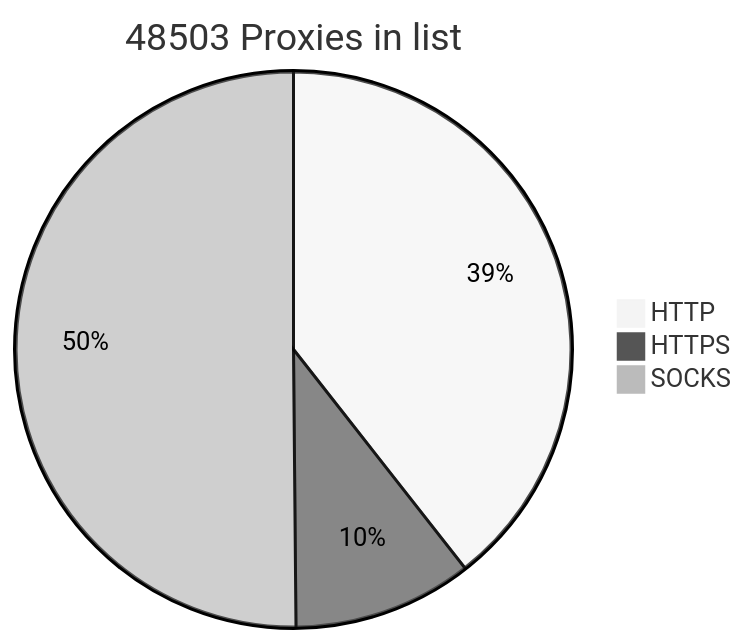
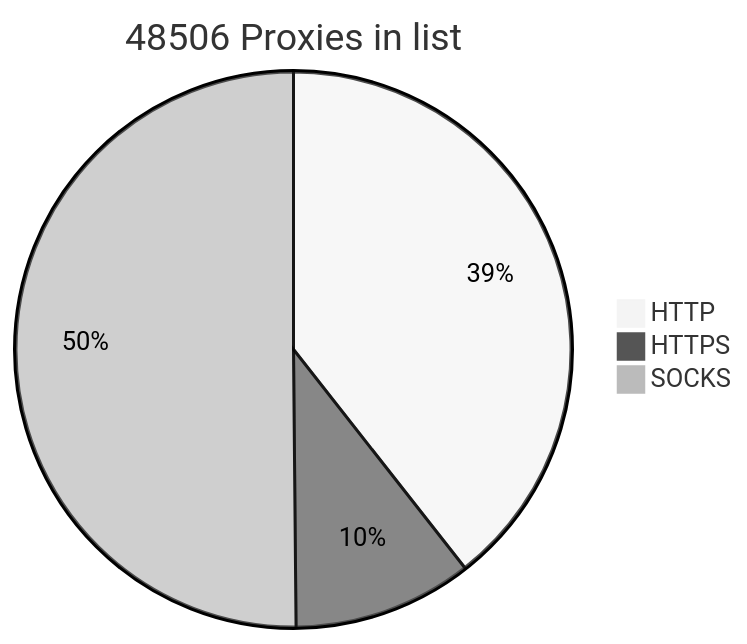
One commit to BlackSnowDot/proxylist-update-every-minute changed the diagram in README.md. Above: the diagram before and after it, drawn with Mermaid (neutral theme).

````diff
--- a/README.md
+++ b/README.md
@@ -2,6 +2,6 @@
 ```mermaid
-pie title 48503 Proxies in list
-    "HTTP" : 21056
+pie title 48506 Proxies in list
+    "HTTP" : 21055
     "HTTPS": 5580
-    "SOCKS" : 26789
+    "SOCKS" : 26792
 ```
````
